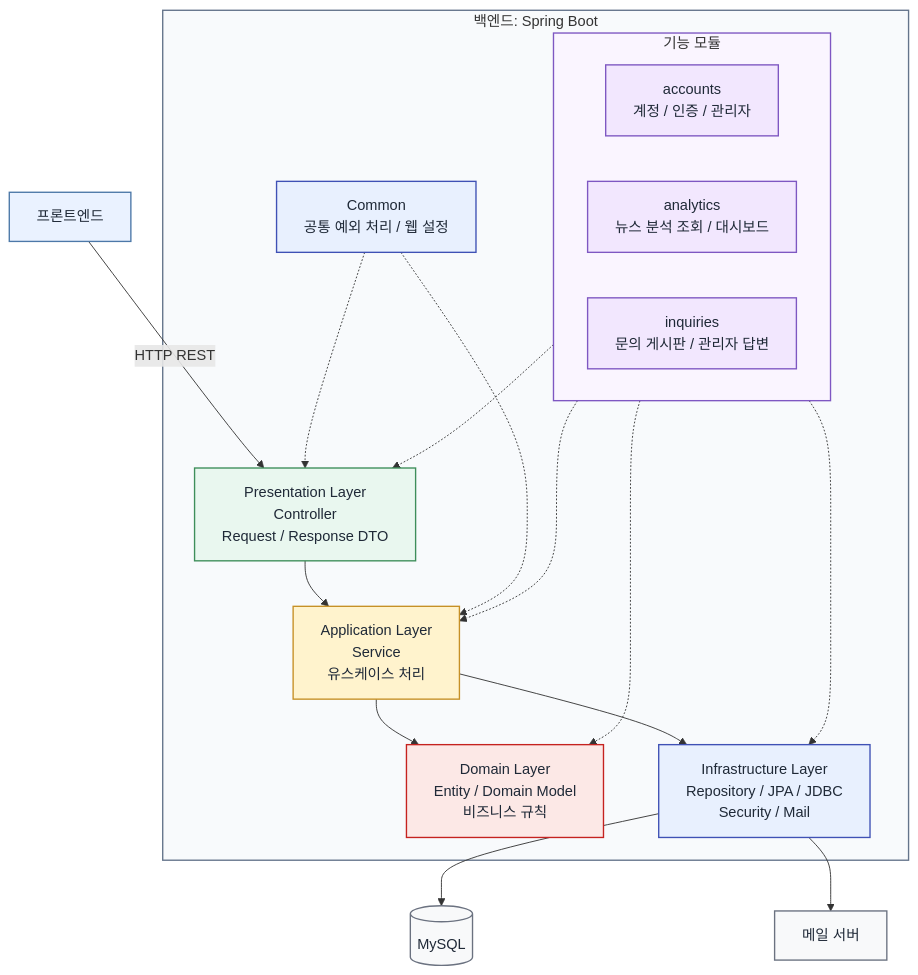
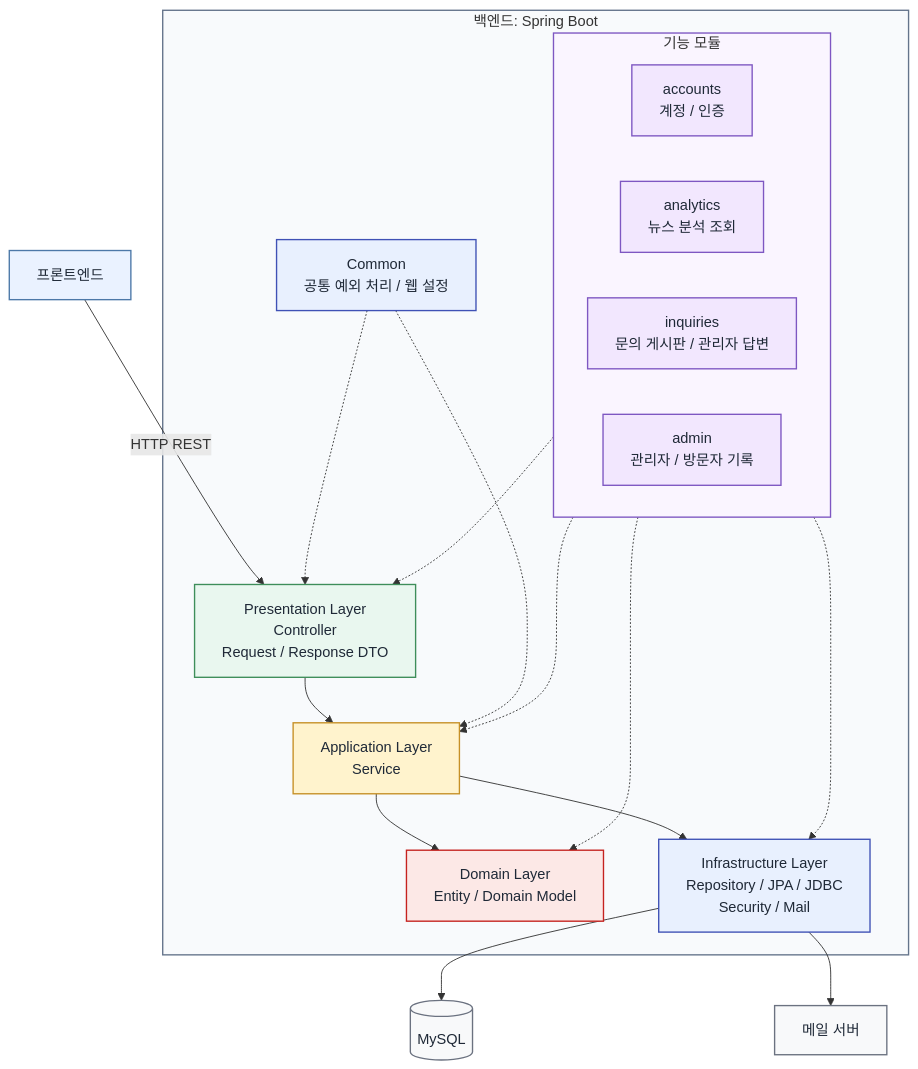
Before and after one commit to sssat/graduation-project: the second of 5 diagrams in docs/architecture-draft.md, drawn with Mermaid. The commit also changed other lines of this file, not shown here.

````diff
--- a/docs/architecture-draft.md
+++ b/docs/architecture-draft.md
@@ -64,52 +67,53 @@
 ```mermaid
 flowchart TB
   Client["프론트엔드"]
 
   subgraph Backend["백엔드: Spring Boot"]
     subgraph FeatureModules["기능 모듈"]
-      Accounts["accounts<br/>계정 / 인증 / 관리자"]
-      Analytics["analytics<br/>뉴스 분석 조회 / 대시보드"]
+      Accounts["accounts<br/>계정 / 인증"]
+      Analytics["analytics<br/>뉴스 분석 조회"]
       Inquiries["inquiries<br/>문의 게시판 / 관리자 답변"]
+      Admins["admin<br/>관리자 / 방문자 기록"]
     end
 
     Presentation["Presentation Layer<br/>Controller<br/>Request / Response DTO"]
-    Application["Application Layer<br/>Service<br/>유스케이스 처리"]
-    Domain["Domain Layer<br/>Entity / Domain Model<br/>비즈니스 규칙"]
+    Application["Application Layer<br/>Service<br/>"]
+    Domain["Domain Layer<br/>Entity / Domain Model<br/>"]
     Infrastructure["Infrastructure Layer<br/>Repository / JPA / JDBC<br/>Security / Mail"]
     Common["Common<br/>공통 예외 처리 / 웹 설정"]
   end
 
   DB[("MySQL")]
   Mail["메일 서버"]
 
   Client -->|"HTTP REST"| Presentation
   FeatureModules -.-> Presentation
   FeatureModules -.-> Application
   FeatureModules -.-> Domain
   FeatureModules -.-> Infrastructure
 
   Presentation --> Application
   Application --> Domain
   Application --> Infrastructure
   Infrastructure --> DB
   Infrastructure --> Mail
   Common -.-> Presentation
   Common -.-> Application
 
   classDef client fill:#EAF2FF,stroke:#4C78A8,color:#1F2937,stroke-width:1.5px
   classDef module fill:#F2E7FE,stroke:#7E57C2,color:#1F2937,stroke-width:1.5px
   classDef presentation fill:#E9F7EF,stroke:#3E8E5A,color:#1F2937,stroke-width:1.5px
   classDef application fill:#FFF3CD,stroke:#C69026,color:#1F2937,stroke-width:1.5px
   classDef domain fill:#FCE8E6,stroke:#C5221F,color:#1F2937,stroke-width:1.5px
   classDef infra fill:#E8F0FE,stroke:#3F51B5,color:#1F2937,stroke-width:1.5px
   classDef external fill:#F8F9FA,stroke:#6B7280,color:#1F2937,stroke-width:1.5px
   class Client client
-  class Accounts,Analytics,Inquiries module
+  class Accounts,Analytics,Inquiries,Admins module
   class Presentation presentation
   class Application application
   class Domain domain
   class Infrastructure,Common infra
   class DB,Mail external
   style Backend fill:#F8FAFC,stroke:#64748B,stroke-width:1.5px
   style FeatureModules fill:#FAF5FF,stroke:#7E57C2,stroke-width:1.5px
 ```
````
